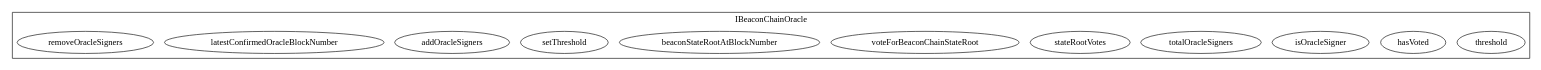
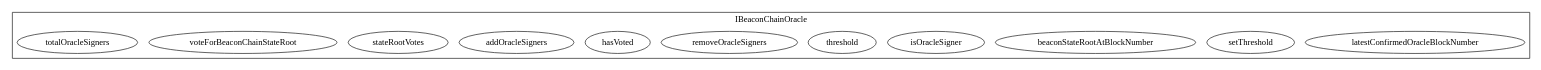
One commit to hoseadevops/Renzo-Protocol-online-test changed the diagram in contracts/RestakeManager.sol.IBeaconChainOracle.call-graph.dot. Above: the diagram before and after it, drawn with Graphviz. The commit also changed other lines of this file and 22 other files, not shown here.

```diff
--- a/contracts/RestakeManager.sol.IBeaconChainOracle.call-graph.dot
+++ b/contracts/RestakeManager.sol.IBeaconChainOracle.call-graph.dot
@@ -1,18 +1,18 @@
 strict digraph {
 subgraph cluster_4938_IBeaconChainOracle {
 label = "IBeaconChainOracle"
+"4938_latestConfirmedOracleBlockNumber" [label="latestConfirmedOracleBlockNumber"]
+"4938_setThreshold" [label="setThreshold"]
+"4938_beaconStateRootAtBlockNumber" [label="beaconStateRootAtBlockNumber"]
+"4938_isOracleSigner" [label="isOracleSigner"]
 "4938_threshold" [label="threshold"]
+"4938_removeOracleSigners" [label="removeOracleSigners"]
 "4938_hasVoted" [label="hasVoted"]
-"4938_isOracleSigner" [label="isOracleSigner"]
-"4938_totalOracleSigners" [label="totalOracleSigners"]
+"4938_addOracleSigners" [label="addOracleSigners"]
 "4938_stateRootVotes" [label="stateRootVotes"]
 "4938_voteForBeaconChainStateRoot" [label="voteForBeaconChainStateRoot"]
-"4938_beaconStateRootAtBlockNumber" [label="beaconStateRootAtBlockNumber"]
-"4938_setThreshold" [label="setThreshold"]
-"4938_addOracleSigners" [label="addOracleSigners"]
-"4938_latestConfirmedOracleBlockNumber" [label="latestConfirmedOracleBlockNumber"]
-"4938_removeOracleSigners" [label="removeOracleSigners"]
+"4938_totalOracleSigners" [label="totalOracleSigners"]
 }subgraph cluster_solidity {
 label = "[Solidity]"
 }
 }
```
